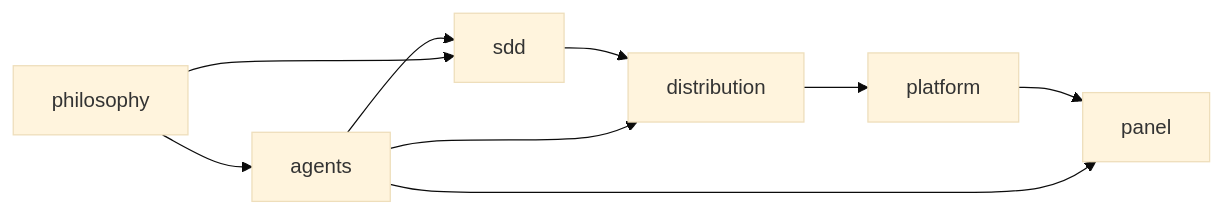
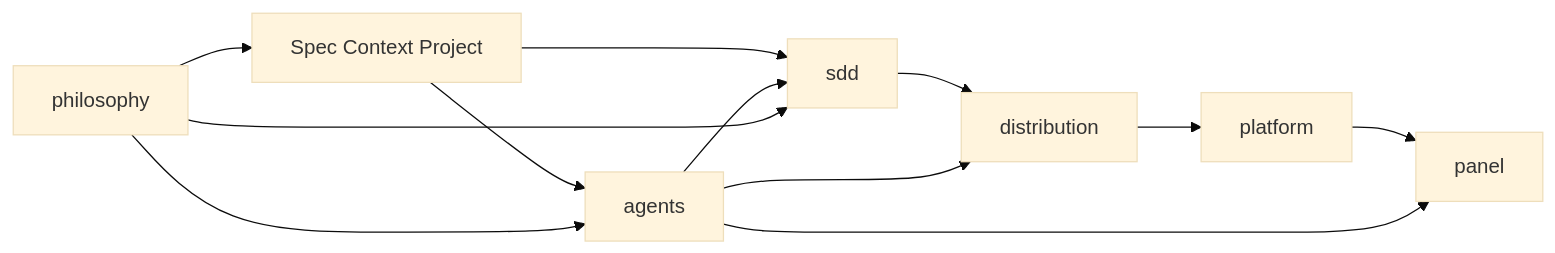
The diagram in specs/memory/product/index.md (marcoaureliomenezes/dadaia-workspace), drawn with Mermaid (base theme) before and after one commit. The commit also changed other lines of this file and 12 other files, not shown here.

First line of the commit message:
docs(memory): rewrite architecture.md to v0.2.0 reality + Spec Context Project keystone atom

````diff
--- a/specs/memory/product/index.md
+++ b/specs/memory/product/index.md
@@ -62,11 +72,14 @@
 ```mermaid
 flowchart LR
-    agents[agents] --> sdd[sdd]
+    spec_context[Spec Context Project] --> sdd[sdd]
+    spec_context --> agents[agents]
+    agents --> sdd
     sdd --> distribution[distribution]
     agents --> distribution
     distribution --> platform[platform]
     platform --> panel[panel]
     agents --> panel
+    philosophy --> spec_context
     philosophy --> agents
     philosophy --> sdd
 ```
````
